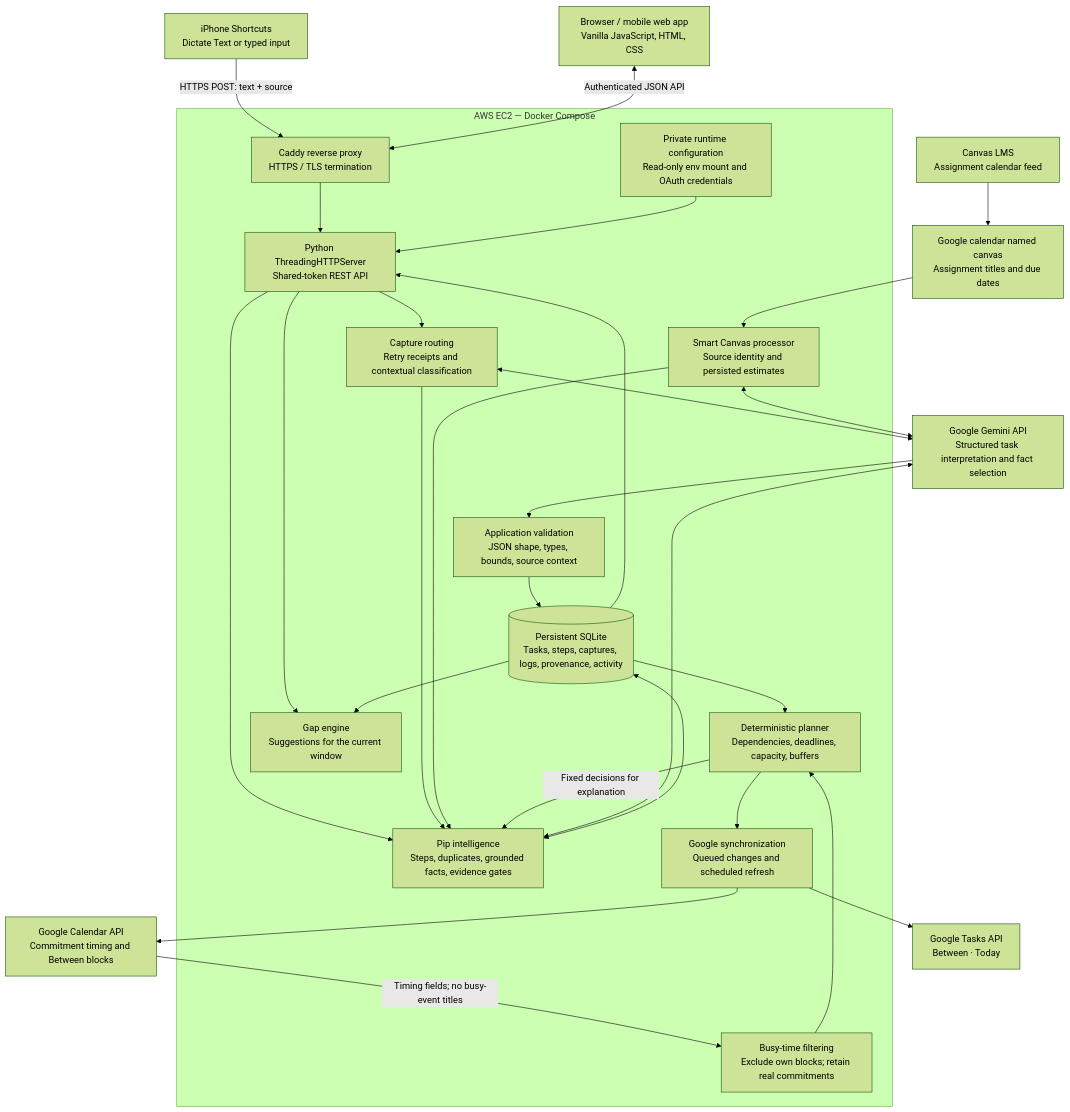
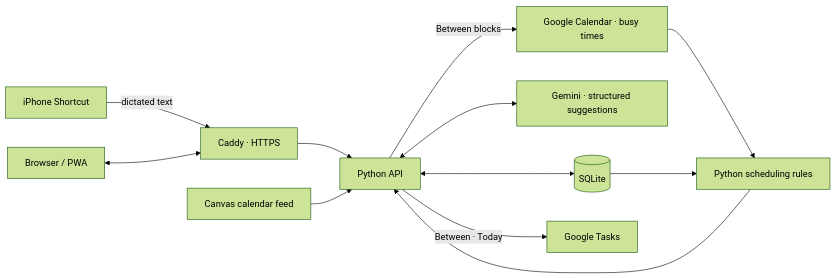
One commit to rebelrocket0/between changed the diagram in README.md. Above: the diagram before and after it, drawn with Mermaid (forest theme). The commit also changed other lines of this file, not shown here.

First line of the commit message:
Simplify Between portfolio README

````diff
--- a/README.md
+++ b/README.md
@@ -64,51 +41,14 @@
 ```mermaid
-flowchart TB
-    Phone["iPhone Shortcuts<br/>Dictate Text or typed input"]
-    Browser["Browser / mobile web app<br/>Vanilla JavaScript, HTML, CSS"]
-    Canvas["Canvas LMS<br/>Assignment calendar feed"]
-    Feed["Google calendar named canvas<br/>Assignment titles and due dates"]
-    GoogleCal["Google Calendar API<br/>Commitment timing and Between blocks"]
-    GoogleTasks["Google Tasks API<br/>Between · Today"]
-    Gemini["Google Gemini API<br/>Structured task interpretation and fact selection"]
-
-    subgraph EC2["AWS EC2 — Docker Compose"]
-        Caddy["Caddy reverse proxy<br/>HTTPS / TLS termination"]
-        API["Python ThreadingHTTPServer<br/>Shared-token REST API"]
-        Capture["Capture routing<br/>Retry receipts and contextual classification"]
-        Import["Smart Canvas processor<br/>Source identity and persisted estimates"]
-        Intelligence["Pip intelligence<br/>Steps, duplicates, grounded facts, evidence gates"]
-        Validate["Application validation<br/>JSON shape, types, bounds, source context"]
-        Gaps["Busy-time filtering<br/>Exclude own blocks; retain real commitments"]
-        Planner["Deterministic planner<br/>Dependencies, deadlines, capacity, buffers"]
-        Window["Gap engine<br/>Suggestions for the current window"]
-        Sync["Google synchronization<br/>Queued changes and scheduled refresh"]
-        DB[("Persistent SQLite<br/>Tasks, steps, captures, logs, provenance, activity")]
-        Config["Private runtime configuration<br/>Read-only env mount and OAuth credentials"]
-    end
-
-    Phone -->|"HTTPS POST: text + source"| Caddy
-    Browser <-->|"Authenticated JSON API"| Caddy
-    Caddy --> API
-    API --> Capture
-    API --> Intelligence
-    API --> Window
-    Canvas --> Feed --> Import
-    Capture <--> Gemini
-    Import <--> Gemini
-    Intelligence <--> Gemini
-    Gemini --> Validate
-    Validate --> DB
-    Capture --> Intelligence
-    Import --> Intelligence
-    Intelligence <--> DB
-    Config --> API
-    GoogleCal -->|"Timing fields; no busy-event titles"| Gaps
-    Gaps --> Planner
+flowchart LR
+    Phone["iPhone Shortcut"] -->|"dictated text"| Proxy["Caddy · HTTPS"]
+    Web["Browser / PWA"] <--> Proxy
+    Proxy --> API["Python API"]
+    API <--> DB[("SQLite")]
+    API <--> Gemini["Gemini · structured suggestions"]
+    Canvas["Canvas calendar feed"] --> API
+    Calendar["Google Calendar · busy times"] --> Planner["Python scheduling rules"]
     DB --> Planner
-    DB --> Window
-    Planner -->|"Fixed decisions for explanation"| Intelligence
-    Planner --> Sync
-    Sync --> GoogleCal
-    Sync --> GoogleTasks
-    DB --> API
+    Planner --> API
+    API -->|"Between blocks"| Calendar
+    API -->|"Between · Today"| Tasks["Google Tasks"]
 ```
````
